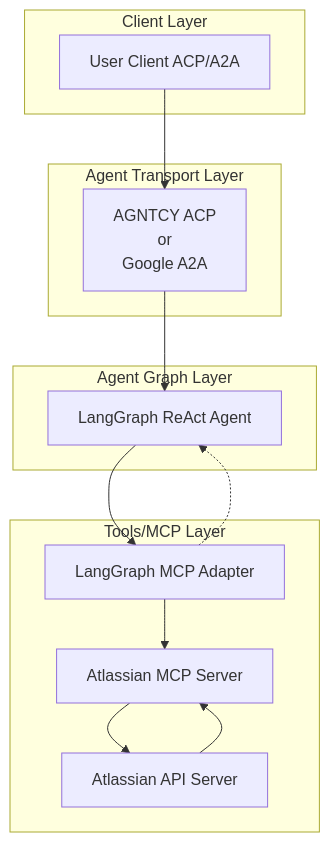
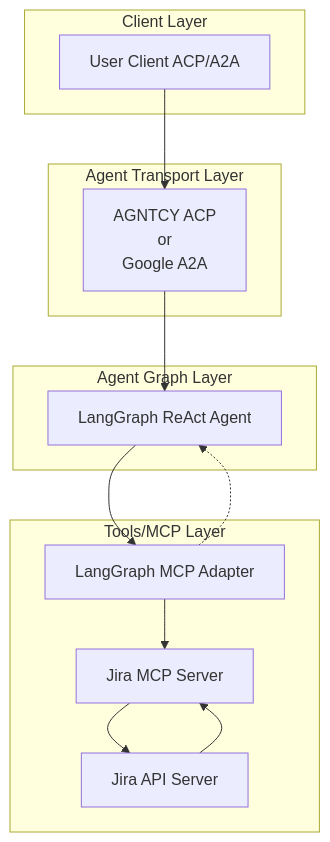
Before and after one commit to tensai828/ai-driven-platform-operations: the diagram in ai_platform_engineering/agents/jira/README.md, drawn with Mermaid. The commit also changed other lines of this file and 122 other files, not shown here.

````diff
--- a/ai_platform_engineering/agents/jira/README.md
+++ b/ai_platform_engineering/agents/jira/README.md
@@ -78,25 +78,25 @@
 ```mermaid
 flowchart TD
   subgraph Client Layer
     A[User Client ACP/A2A]
   end
 
   subgraph Agent Transport Layer
     B[AGNTCY ACP<br/>or<br/>Google A2A]
   end
 
   subgraph Agent Graph Layer
     C[LangGraph ReAct Agent]
   end
 
   subgraph Tools/MCP Layer
     D[LangGraph MCP Adapter]
-    E[Atlassian MCP Server]
-    F[Atlassian API Server]
+    E[Jira MCP Server]
+    F[Jira API Server]
   end
 
   A --> B --> C
   C --> D
   D -.-> C
   D --> E --> F --> E
 ```
````
